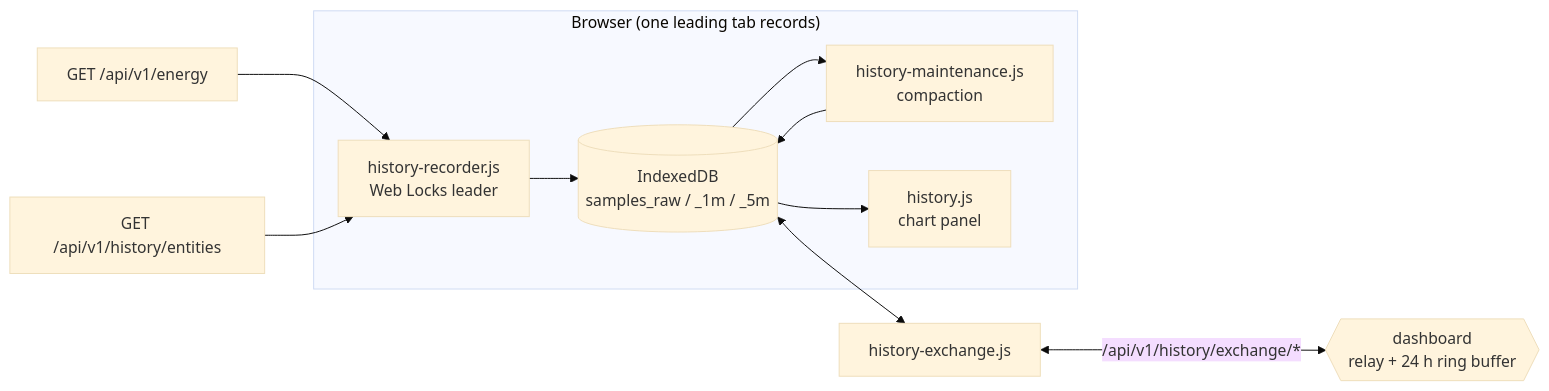
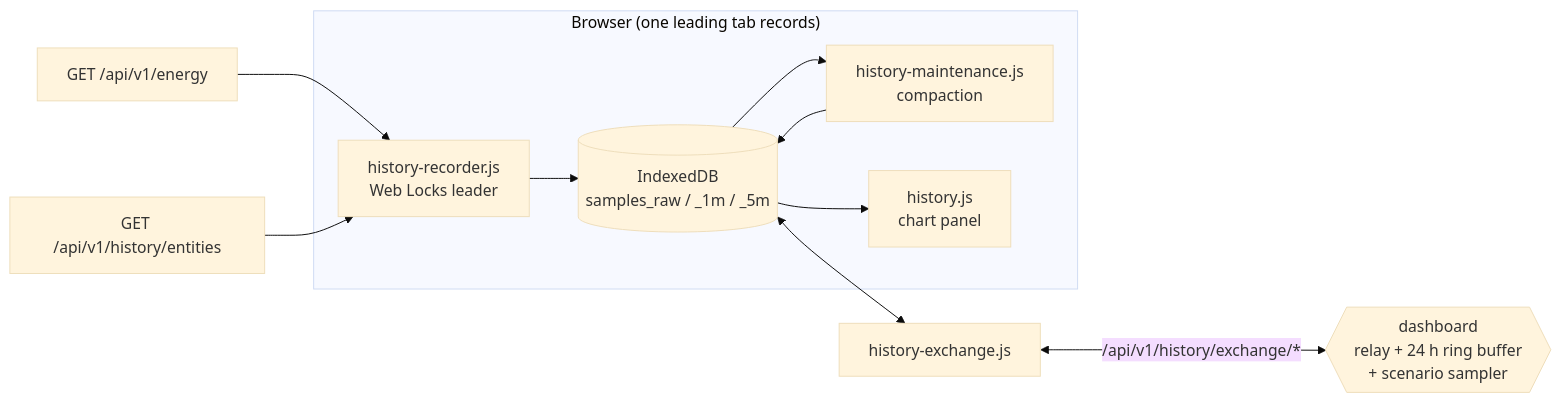
One commit to Developer-Simon/energy-node changed the ninth of 12 diagrams in docs/developing/data-flow.md. Above: the diagram before and after it, drawn with Mermaid (base theme). The commit also changed other lines of this file and 35 other files, not shown here.

````diff
--- a/docs/developing/data-flow.md
+++ b/docs/developing/data-flow.md
@@ -474,16 +474,16 @@
 ```mermaid
 flowchart LR
     subgraph Browser["Browser (one leading tab records)"]
         REC["history-recorder.js<br/>Web Locks leader"]
         IDB[("IndexedDB<br/>samples_raw / _1m / _5m")]
         MNT["history-maintenance.js<br/>compaction"]
         CHART["history.js<br/>chart panel"]
     end
     API1["GET /api/v1/energy"] --> REC
     API2["GET /api/v1/history/entities"] --> REC
     REC --> IDB
     IDB --> MNT --> IDB
     IDB --> CHART
-    EX["history-exchange.js"] <-->|"/api/v1/history/exchange/*"| SRV{{"dashboard<br/>relay + 24 h ring buffer"}}
+    EX["history-exchange.js"] <-->|"/api/v1/history/exchange/*"| SRV{{"dashboard<br/>relay + 24 h ring buffer<br/>+ scenario sampler"}}
     IDB <--> EX
 ```
````
